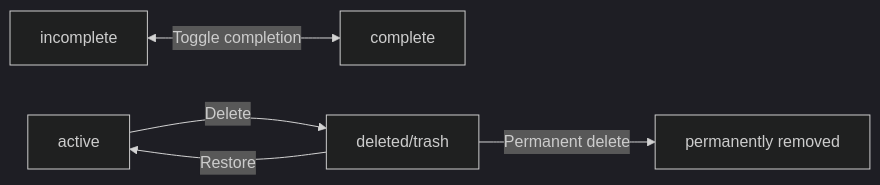
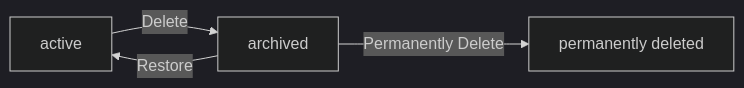
Before and after one commit to wrtnlabs/autobe-examples: the first of 3 diagrams in qwen/qwen3.5-397b-a17b/todo/docs/analysis/02-domain-model.md, drawn with Mermaid (dark theme). The commit also changed other lines of this file and 32093 other files, not shown here.

````diff
--- a/qwen/qwen3.5-397b-a17b/todo/docs/analysis/02-domain-model.md
+++ b/qwen/qwen3.5-397b-a17b/todo/docs/analysis/02-domain-model.md
@@ -115,7 +121,6 @@
 ```mermaid
 flowchart LR
-    A["incomplete"] <-->|"Toggle completion"| B["complete"]
-    C["active"] -->|"Delete"| D["deleted/trash"]
-    D -->|"Restore"| C
-    D -->|"Permanent delete"| E["permanently removed"]
+    A["active"] -->|"Delete"| B["archived"]
+    B -->|"Restore"| A
+    B -->|"Permanently Delete"| C["permanently deleted"]
 ```
````
